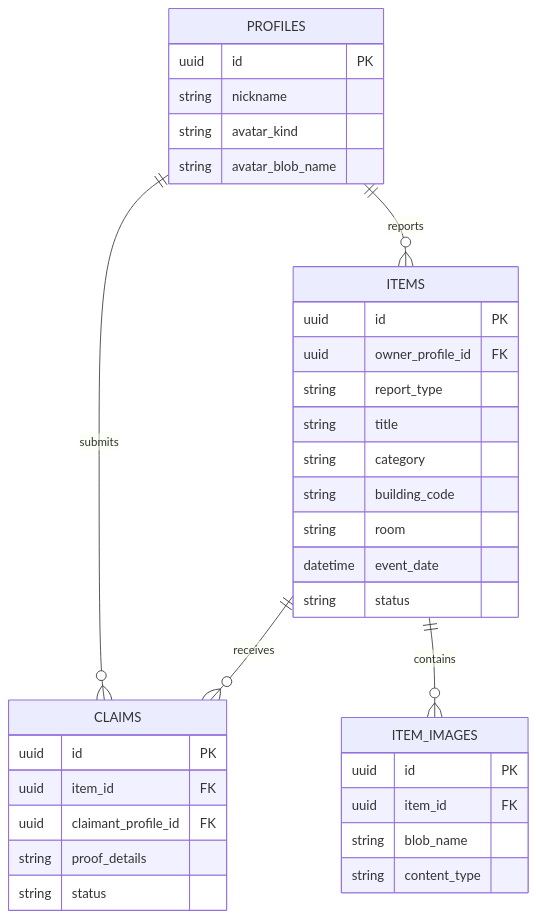
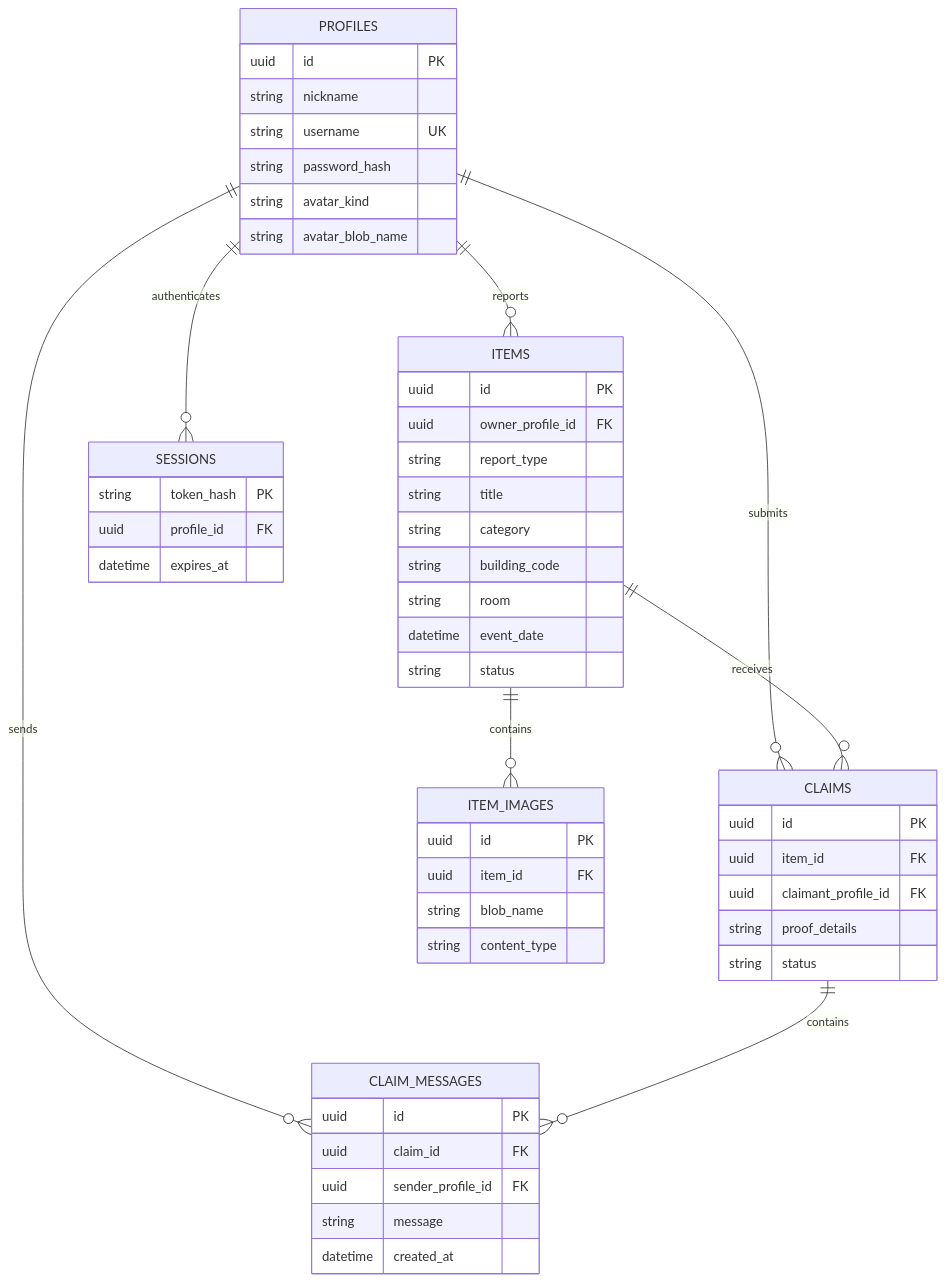
One commit to 66JJN/UP-TamHa changed the diagram in docs/DATA_MODEL.md. Above: the diagram before and after it, drawn with Mermaid. The commit also changed 28 other files, not shown here.

````diff
--- a/docs/DATA_MODEL.md
+++ b/docs/DATA_MODEL.md
@@ -3,38 +3,55 @@
 ```mermaid
 erDiagram
     PROFILES ||--o{ ITEMS : reports
     PROFILES ||--o{ CLAIMS : submits
+    PROFILES ||--o{ SESSIONS : authenticates
+    PROFILES ||--o{ CLAIM_MESSAGES : sends
     ITEMS ||--o{ CLAIMS : receives
+    CLAIMS ||--o{ CLAIM_MESSAGES : contains
     ITEMS ||--o{ ITEM_IMAGES : contains
 
     PROFILES {
       uuid id PK
       string nickname
+      string username UK
+      string password_hash
       string avatar_kind
       string avatar_blob_name
     }
     ITEMS {
       uuid id PK
       uuid owner_profile_id FK
       string report_type
       string title
       string category
       string building_code
       string room
       datetime event_date
       string status
     }
     CLAIMS {
       uuid id PK
       uuid item_id FK
       uuid claimant_profile_id FK
       string proof_details
       string status
     }
+    CLAIM_MESSAGES {
+      uuid id PK
+      uuid claim_id FK
+      uuid sender_profile_id FK
+      string message
+      datetime created_at
+    }
+    SESSIONS {
+      string token_hash PK
+      uuid profile_id FK
+      datetime expires_at
+    }
     ITEM_IMAGES {
       uuid id PK
       uuid item_id FK
       string blob_name
       string content_type
     }
 ```
````
